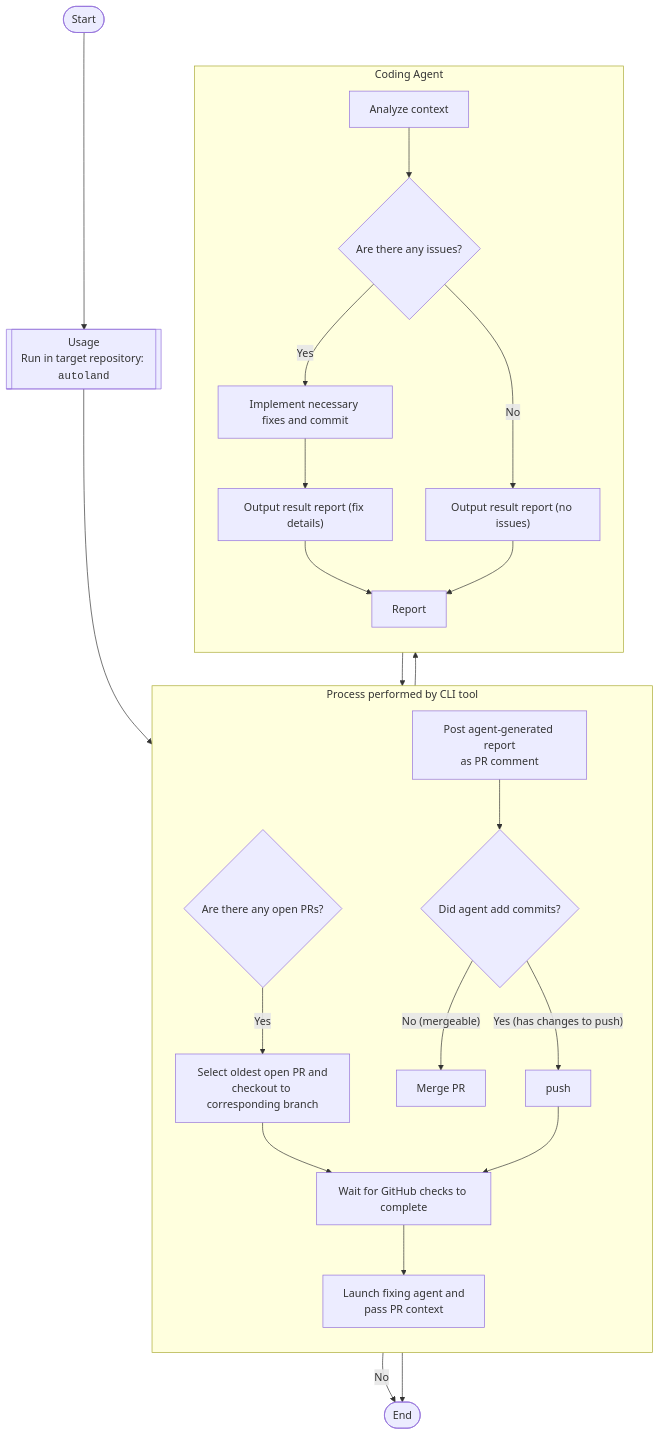
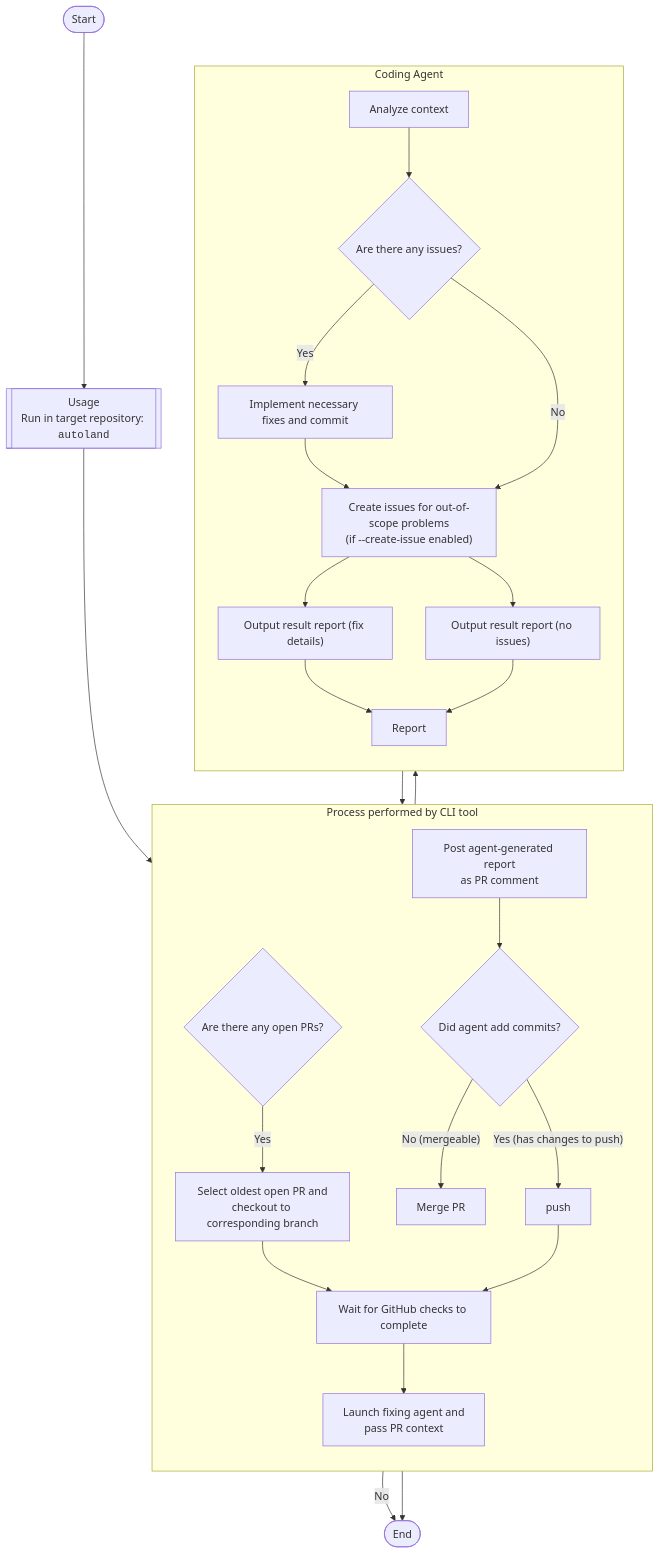
Before and after one commit to abc1nc/ai-autoland: the diagram in README.md, drawn with Mermaid. The commit also changed 7 other files, not shown here.

Commit message:
feat: Add --create-issue flag to defer out-of-scope problems (#2)

````diff
--- a/README.md
+++ b/README.md
@@ -48,40 +48,41 @@
 ```mermaid
 flowchart TD
   Start(["Start"]) --> Use[["Usage<br>Run in target repository: <code>autoland</code>"]]
 
   subgraph CLI["Process performed by CLI tool"]
     direction TB
     C0{"Are there any open PRs?"}
     C1["Select oldest open PR and<br>checkout to corresponding branch"]
     C2["Wait for GitHub checks to complete"]
     C3["Launch fixing agent and<br>pass PR context"]
     C6["Post agent-generated report<br>as PR comment"]
     C4{"Did agent add commits?"}
     C5["push"]
     C8["Merge PR"]
   end
 
   subgraph AG["Coding Agent"]
     direction TB
     A1["Analyze context"]
     A2{"Are there any issues?"}
     A3["Implement necessary fixes and commit"]
+    A5["Create issues for out-of-scope problems<br>(if --create-issue enabled)"]
     A4_fix["Output result report (fix details)"]
     A4_ok["Output result report (no issues)"]
     A_OUT["Report"]
   end
 
   Use --> C0
   C0 -- Yes --> C1 --> C2
   C0 -- No --> End(["End"])
 
   C2 --> C3 --> A1 --> A2
-  A2 -- Yes --> A3 --> A4_fix --> A_OUT
-  A2 -- No --> A4_ok --> A_OUT
+  A2 -- Yes --> A3 --> A5 --> A4_fix --> A_OUT
+  A2 -- No --> A5 --> A4_ok --> A_OUT
 
   A_OUT --> C6
 
   C6 --> C4
   C4 -- No (mergeable) --> C8 --> End
   C4 -- Yes (has changes to push) --> C5 --> C2
 ```
````
